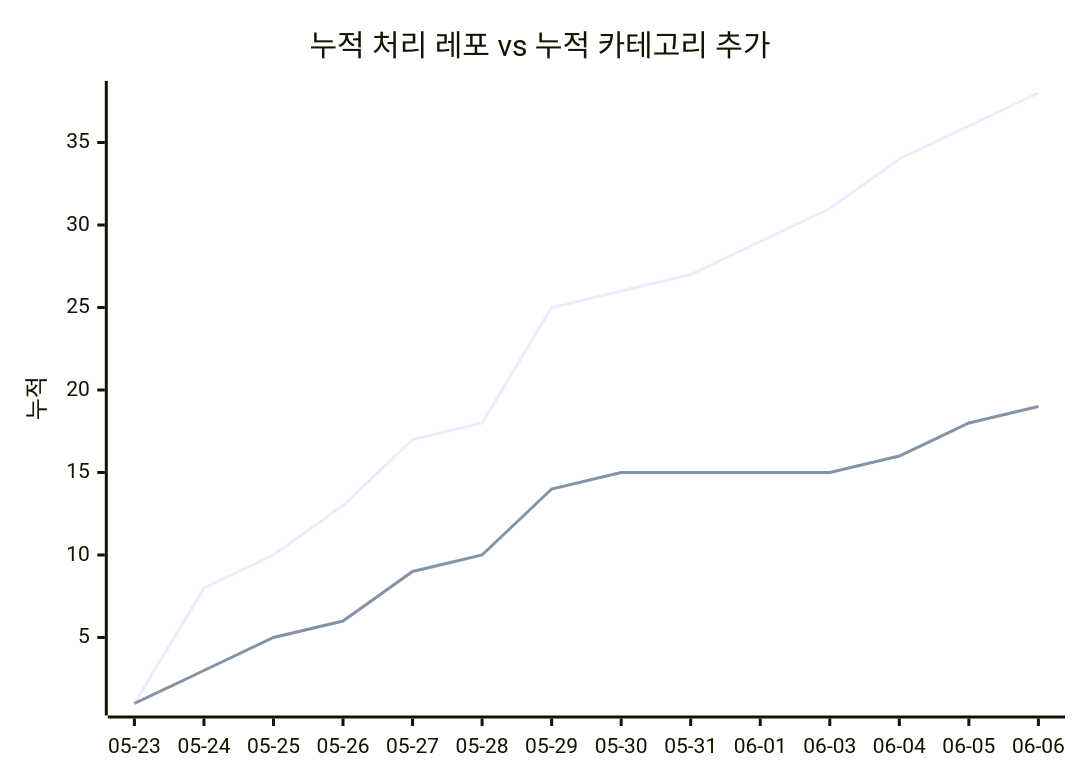
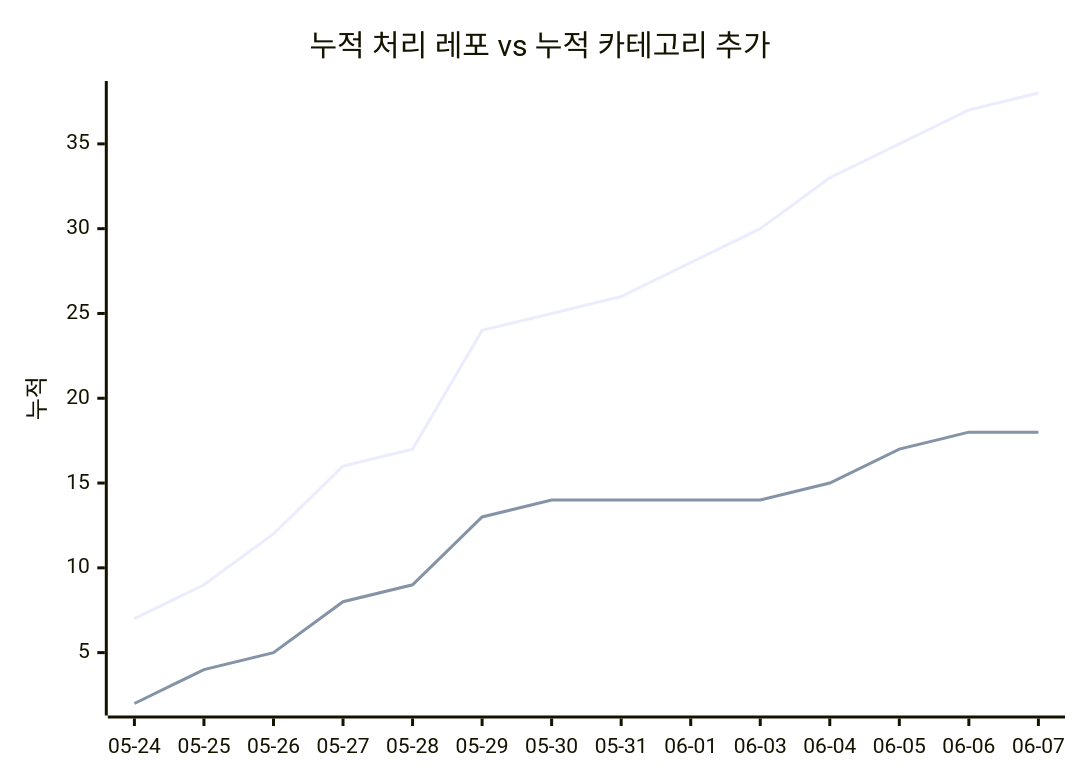
The second of 2 diagrams in docs/trends.md (J-nowcow/awesome-korean-agent-skills), drawn with Mermaid before and after one commit. The commit also changed other lines of this file and 2 other files, not shown here.

````diff
--- a/docs/trends.md
+++ b/docs/trends.md
@@ -68,8 +68,8 @@
 ```mermaid
 xychart-beta
     title "누적 처리 레포 vs 누적 카테고리 추가"
-    x-axis ["05-23","05-24","05-25","05-26","05-27","05-28","05-29","05-30","05-31","06-01","06-03","06-04","06-05","06-06"]
+    x-axis ["05-24","05-25","05-26","05-27","05-28","05-29","05-30","05-31","06-01","06-03","06-04","06-05","06-06","06-07"]
     y-axis "누적"
-    line [1,8,10,13,17,18,25,26,27,29,31,34,36,38]
-    line [1,3,5,6,9,10,14,15,15,15,15,16,18,19]
+    line [7,9,12,16,17,24,25,26,28,30,33,35,37,38]
+    line [2,4,5,8,9,13,14,14,14,14,15,17,18,18]
 ```
````
